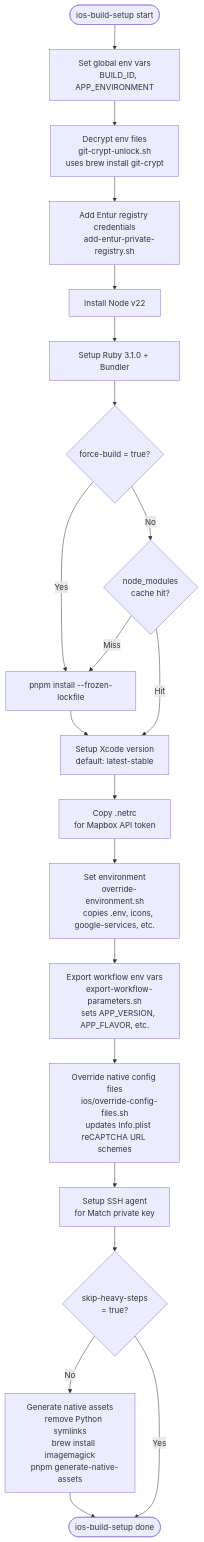
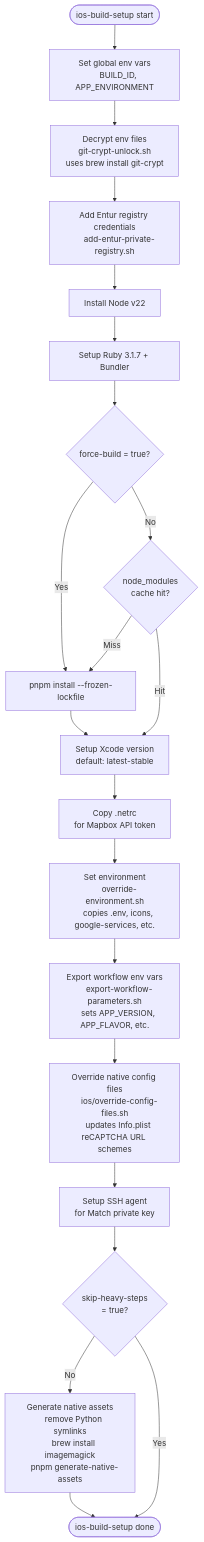
Before and after one commit to AtB-AS/mittatb-app: the second of 7 diagrams in docs/ios-build-staging-graph.md, drawn with Mermaid. The commit also changed other lines of this file and 11 other files, not shown here.

````diff
--- a/docs/ios-build-staging-graph.md
+++ b/docs/ios-build-staging-graph.md
@@ -92,59 +92,59 @@
 ```mermaid
 flowchart TD
     start(["ios-build-setup start"])
 
     start --> env_vars["Set global env vars
     BUILD_ID, APP_ENVIRONMENT"]
 
     env_vars --> decrypt["Decrypt env files
     git-crypt-unlock.sh
     uses brew install git-crypt"]
 
     decrypt --> entur["Add Entur registry credentials
     add-entur-private-registry.sh"]
 
     entur --> node["Install Node v22"]
 
-    node --> ruby["Setup Ruby 3.1.0 + Bundler"]
+    node --> ruby["Setup Ruby 3.1.7 + Bundler"]
 
     ruby --> nm_check{"force-build = true?"}
 
     nm_check -- Yes --> yarn_install["pnpm install --frozen-lockfile"]
     nm_check -- No --> nm_cache{"node_modules
     cache hit?"}
 
     nm_cache -- Miss --> yarn_install
     nm_cache -- Hit --> xcode
 
     yarn_install --> xcode["Setup Xcode version
     default: latest-stable"]
 
     xcode --> netrc["Copy .netrc
     for Mapbox API token"]
 
     netrc --> set_env["Set environment
     override-environment.sh
     copies .env, icons, google-services, etc."]
 
     set_env --> export_env["Export workflow env vars
     export-workflow-parameters.sh
     sets APP_VERSION, APP_FLAVOR, etc."]
 
     export_env --> override_config["Override native config files
     ios/override-config-files.sh
     updates Info.plist reCAPTCHA URL schemes"]
 
     override_config --> ssh_agent["Setup SSH agent
     for Match private key"]
 
     ssh_agent --> heavy_check{"skip-heavy-steps
     = true?"}
 
     heavy_check -- No --> gen_assets["Generate native assets
     remove Python symlinks
     brew install imagemagick
     pnpm generate-native-assets"]
 
     gen_assets --> done(["ios-build-setup done"])
     heavy_check -- Yes --> done
 ```
````
